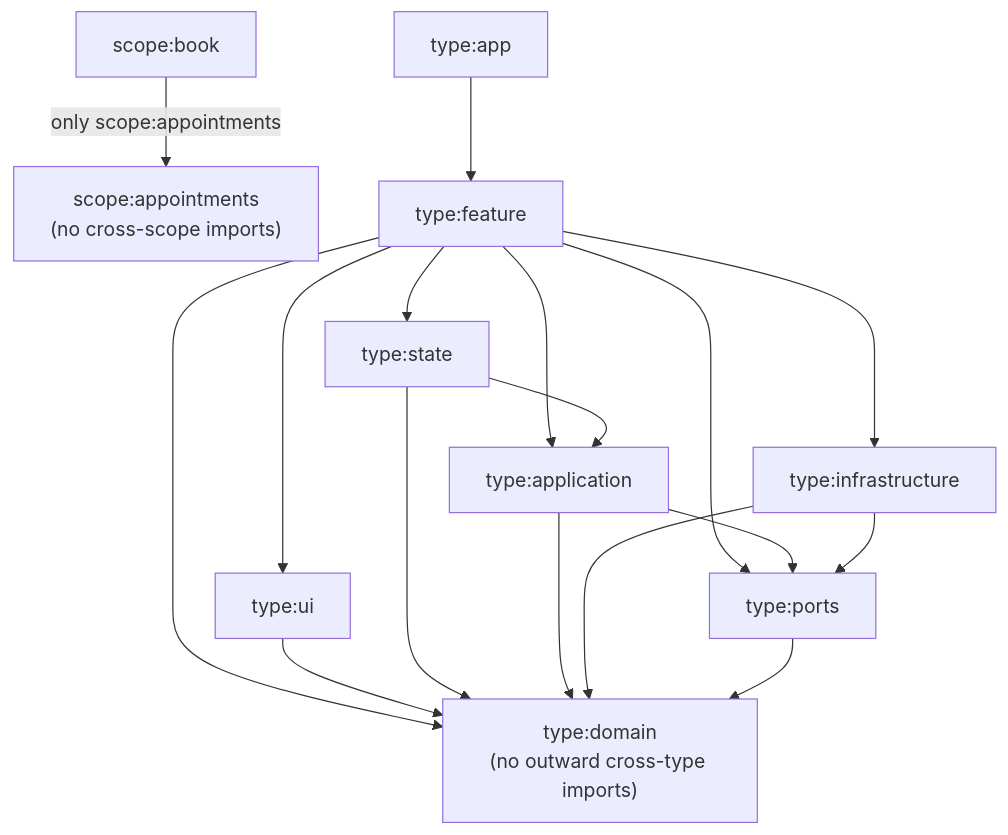
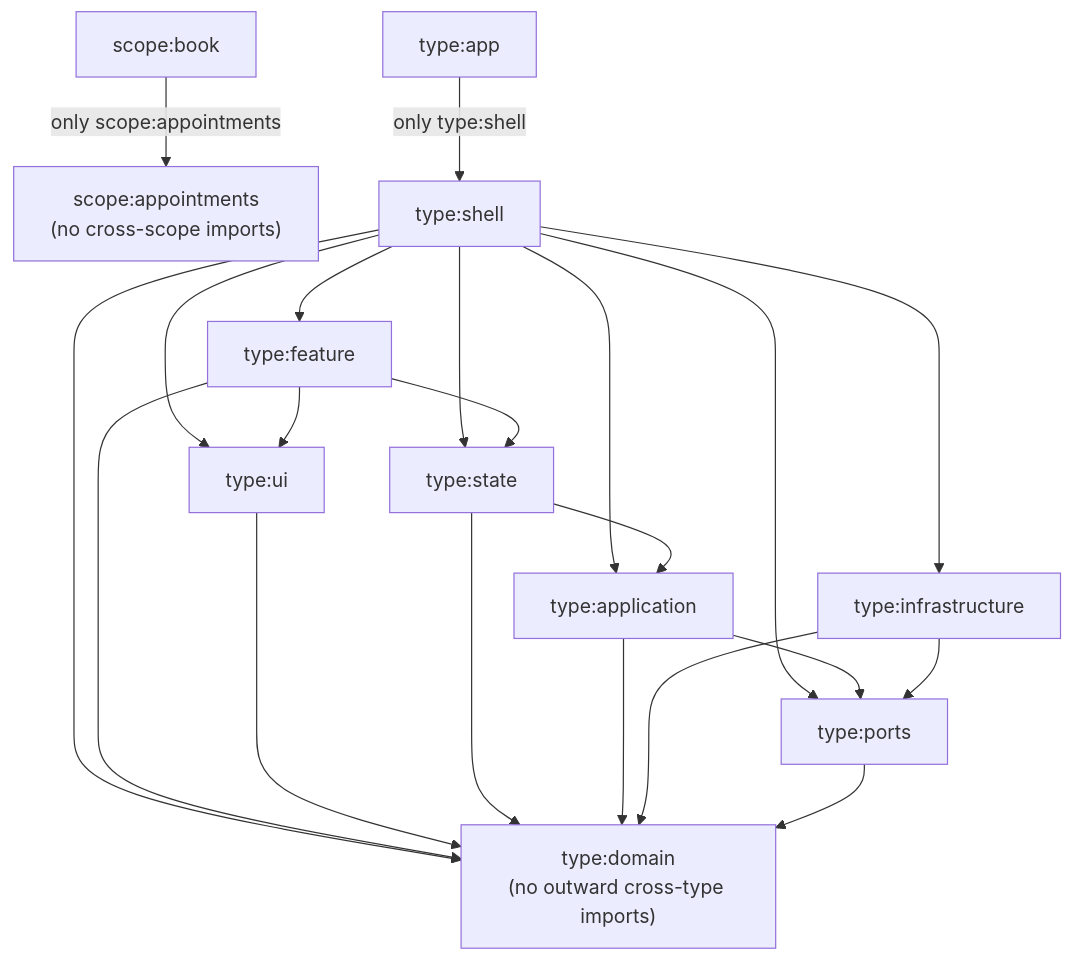
Before and after one commit to Gillesf31/hexa: the second of 3 diagrams in README.md, drawn with Mermaid. The commit also changed other lines of this file and 19 other files, not shown here.

````diff
--- a/README.md
+++ b/README.md
@@ -52,20 +54,24 @@
 ```mermaid
 flowchart TB
   BOOK_SCOPE["scope:book"] -->|"only scope:appointments"| APPOINTMENTS_SCOPE["scope:appointments\n(no cross-scope imports)"]
 
-  APP_TYPE["type:app"] --> FEATURE_TYPE["type:feature"]
-  FEATURE_TYPE --> UI_TYPE["type:ui"]
-  FEATURE_TYPE --> STATE_TYPE["type:state"]
-  FEATURE_TYPE --> APPLICATION_TYPE["type:application"]
-  FEATURE_TYPE --> INFRASTRUCTURE_TYPE["type:infrastructure"]
-  FEATURE_TYPE --> PORTS_TYPE["type:ports"]
-  FEATURE_TYPE --> DOMAIN_TYPE["type:domain\n(no outward cross-type imports)"]
+  APP_TYPE["type:app"] -->|"only type:shell"| SHELL_TYPE["type:shell"]
+  SHELL_TYPE --> FEATURE_TYPE["type:feature"]
+  SHELL_TYPE --> UI_TYPE["type:ui"]
+  SHELL_TYPE --> STATE_TYPE["type:state"]
+  SHELL_TYPE --> APPLICATION_TYPE["type:application"]
+  SHELL_TYPE --> INFRASTRUCTURE_TYPE["type:infrastructure"]
+  SHELL_TYPE --> PORTS_TYPE["type:ports"]
+  SHELL_TYPE --> DOMAIN_TYPE["type:domain\n(no outward cross-type imports)"]
+  FEATURE_TYPE --> UI_TYPE
+  FEATURE_TYPE --> STATE_TYPE
+  FEATURE_TYPE --> DOMAIN_TYPE
   UI_TYPE --> DOMAIN_TYPE
   STATE_TYPE --> APPLICATION_TYPE
   STATE_TYPE --> DOMAIN_TYPE
   APPLICATION_TYPE --> PORTS_TYPE
   APPLICATION_TYPE --> DOMAIN_TYPE
   INFRASTRUCTURE_TYPE --> PORTS_TYPE
   INFRASTRUCTURE_TYPE --> DOMAIN_TYPE
   PORTS_TYPE --> DOMAIN_TYPE
 ```
````
